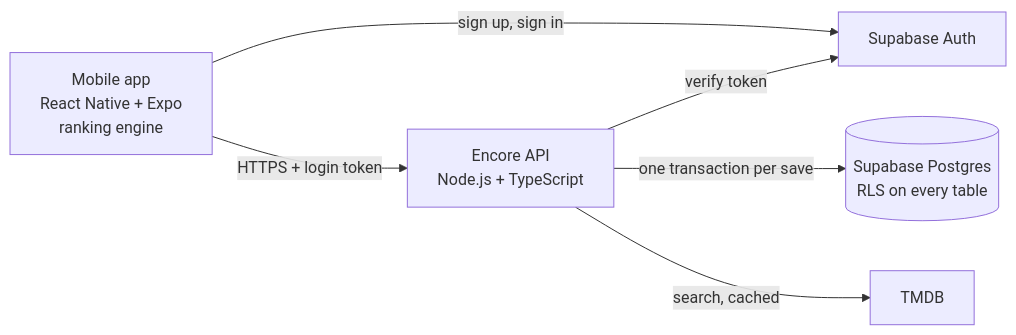
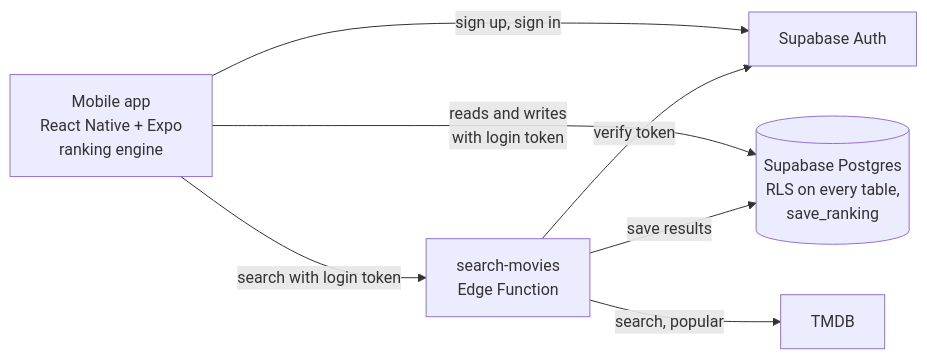
One commit to Davidtm6/Encore changed the diagram in docs/living-document.md. Above: the diagram before and after it, drawn with Mermaid. The commit also changed other lines of this file, not shown here.

First line of the commit message:
Document the architecture as built and defer the Encore API

````diff
--- a/docs/living-document.md
+++ b/docs/living-document.md
@@ -237,8 +238,9 @@
 ```mermaid
 flowchart LR
     App[Mobile app<br/>React Native + Expo<br/>ranking engine] -->|sign up, sign in| Auth[Supabase Auth]
-    App -->|HTTPS + login token| API[Encore API<br/>Node.js + TypeScript]
-    API -->|verify token| Auth
-    API -->|one transaction per save| DB[(Supabase Postgres<br/>RLS on every table)]
-    API -->|search, cached| TMDB[TMDB]
+    App -->|reads and writes<br/>with login token| DB[(Supabase Postgres<br/>RLS on every table,<br/>save_ranking)]
+    App -->|search with login token| Fn[search-movies<br/>Edge Function]
+    Fn -->|verify token| Auth
+    Fn -->|search, popular| TMDB[TMDB]
+    Fn -->|save results| DB
 ```
````
